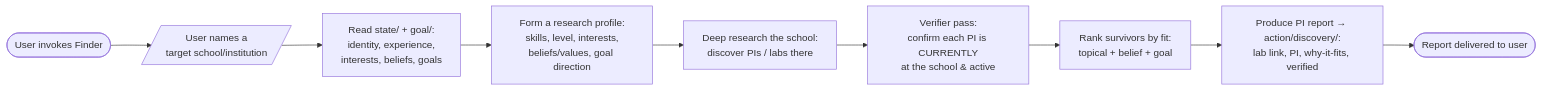
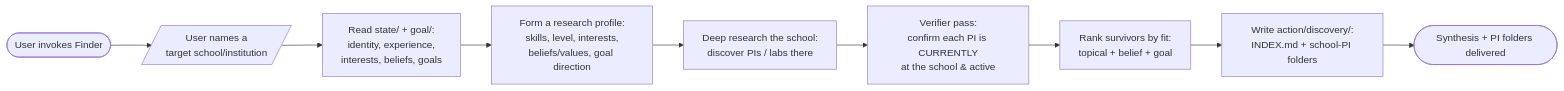
Before and after one commit to junggyubae/career-planner: the sixth of 9 diagrams in .jg/prd-career-planner-card.md, drawn with Mermaid. The commit also changed other lines of this file and 9 other files, not shown here.

````diff
--- a/.jg/prd-career-planner-card.md
+++ b/.jg/prd-career-planner-card.md
@@ -229,11 +238,11 @@
 ```mermaid
 flowchart LR
     S([User invokes Finder]) --> S0[/User names a<br/>target school/institution/]
     S0 --> R1[Read state/ + goal/:<br/>identity, experience,<br/>interests, beliefs, goals]
     R1 --> R2[Form a research profile:<br/>skills, level, interests,<br/>beliefs/values, goal direction]
     R2 --> R3[Deep research the school:<br/>discover PIs / labs there]
     R3 --> Rv[Verifier pass:<br/>confirm each PI is CURRENTLY<br/>at the school & active]
     Rv --> R4[Rank survivors by fit:<br/>topical + belief + goal]
-    R4 --> R5[Produce PI report → action/discovery/:<br/>lab link, PI, why-it-fits, verified]
-    R5 --> Out([Report delivered to user])
+    R4 --> R5[Write action/discovery/:<br/>INDEX.md + school-PI folders]
+    R5 --> Out([Synthesis + PI folders delivered])
 ```
````
